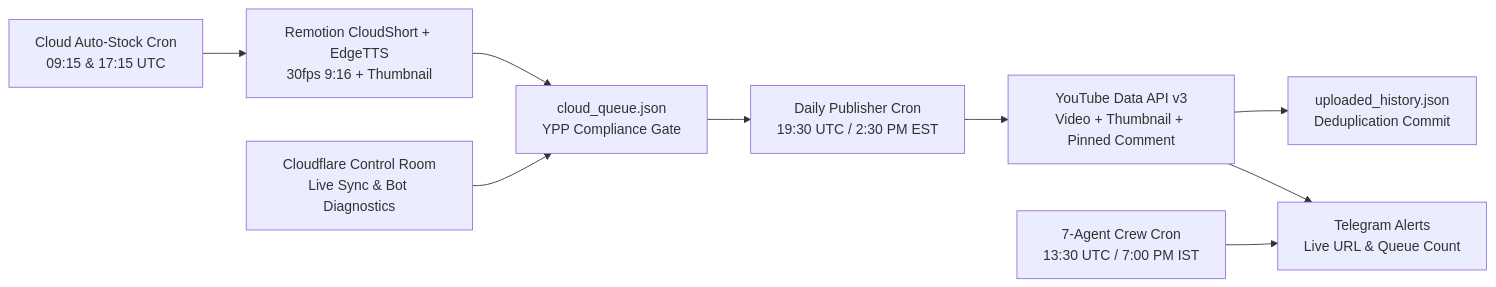
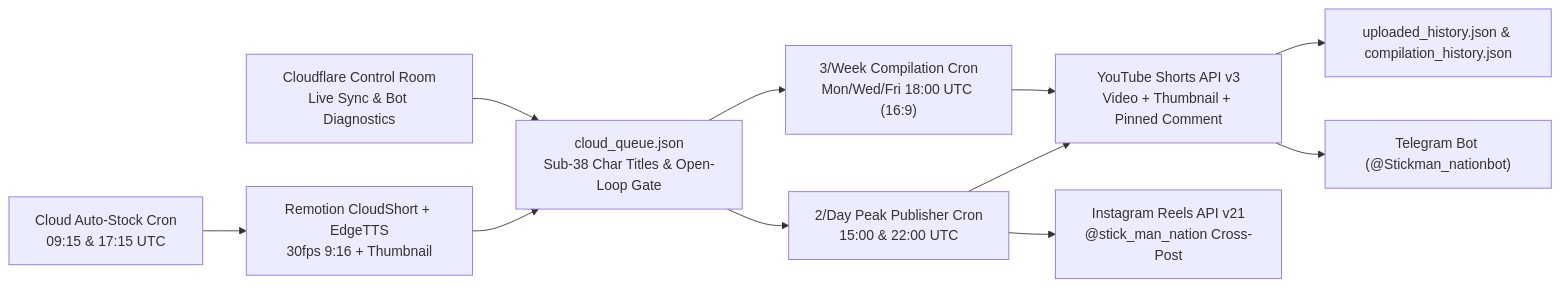
The diagram in README.md (Charansingaraju1/stickman-automation), drawn with Mermaid before and after one commit. The commit also changed other lines of this file and 25 other files, not shown here.

Commit message:
feat: overhaul open-loop hooks, <38-char titles, IG Reels & 3/wk 16:9 compilations

````diff
--- a/README.md
+++ b/README.md
@@ -17,11 +18,13 @@
 ```mermaid
 flowchart LR
     F["Cloud Auto-Stock Cron\n09:15 & 17:15 UTC"] --> R["Remotion CloudShort + EdgeTTS\n30fps 9:16 + Thumbnail"]
-    R --> Q["cloud_queue.json\nYPP Compliance Gate"]
-    Q --> P["Daily Publisher Cron\n19:30 UTC / 2:30 PM EST"]
-    P --> YT["YouTube Data API v3\nVideo + Thumbnail + Pinned Comment"]
-    YT --> H["uploaded_history.json\nDeduplication Commit"]
-    YT --> TG["Telegram Alerts\nLive URL & Queue Count"]
-    A["7-Agent Crew Cron\n13:30 UTC / 7:00 PM IST"] --> TG
+    R --> Q["cloud_queue.json\nSub-38 Char Titles & Open-Loop Gate"]
+    Q --> P["2/Day Peak Publisher Cron\n15:00 & 22:00 UTC"]
+    P --> YT["YouTube Shorts API v3\nVideo + Thumbnail + Pinned Comment"]
+    P --> IG["Instagram Reels API v21\n@stick_man_nation Cross-Post"]
+    Q --> W["3/Week Compilation Cron\nMon/Wed/Fri 18:00 UTC (16:9)"]
+    W --> YT
+    YT --> H["uploaded_history.json & compilation_history.json"]
+    YT --> TG["Telegram Bot (@Stickman_nationbot)"]
     CF["Cloudflare Control Room\nLive Sync & Bot Diagnostics"] --> Q
 ```
````
